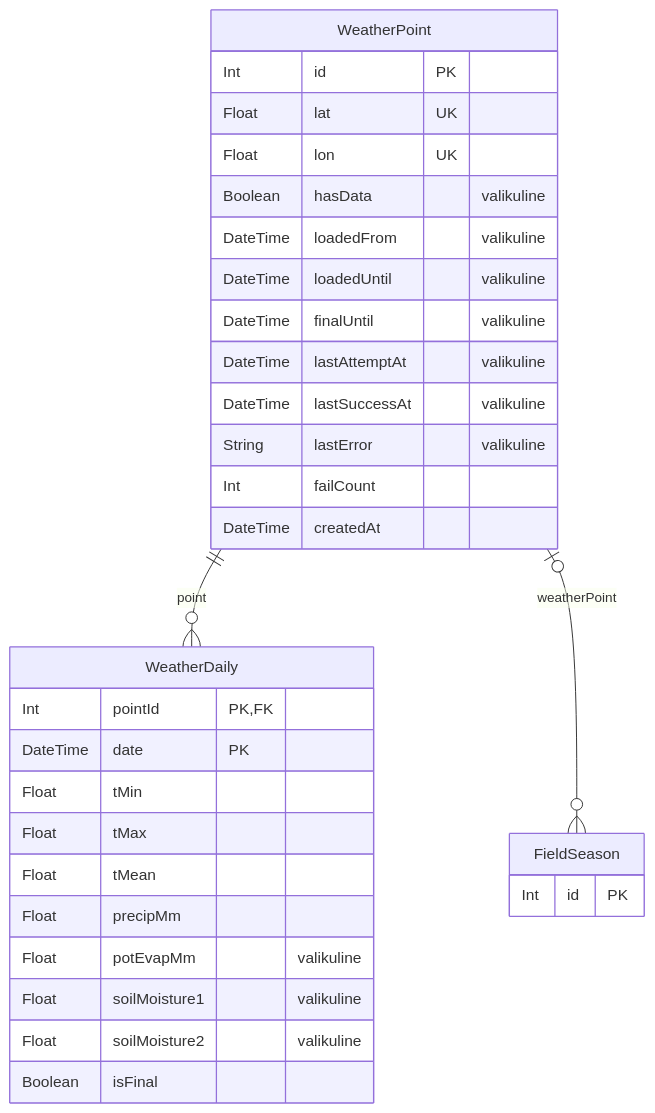
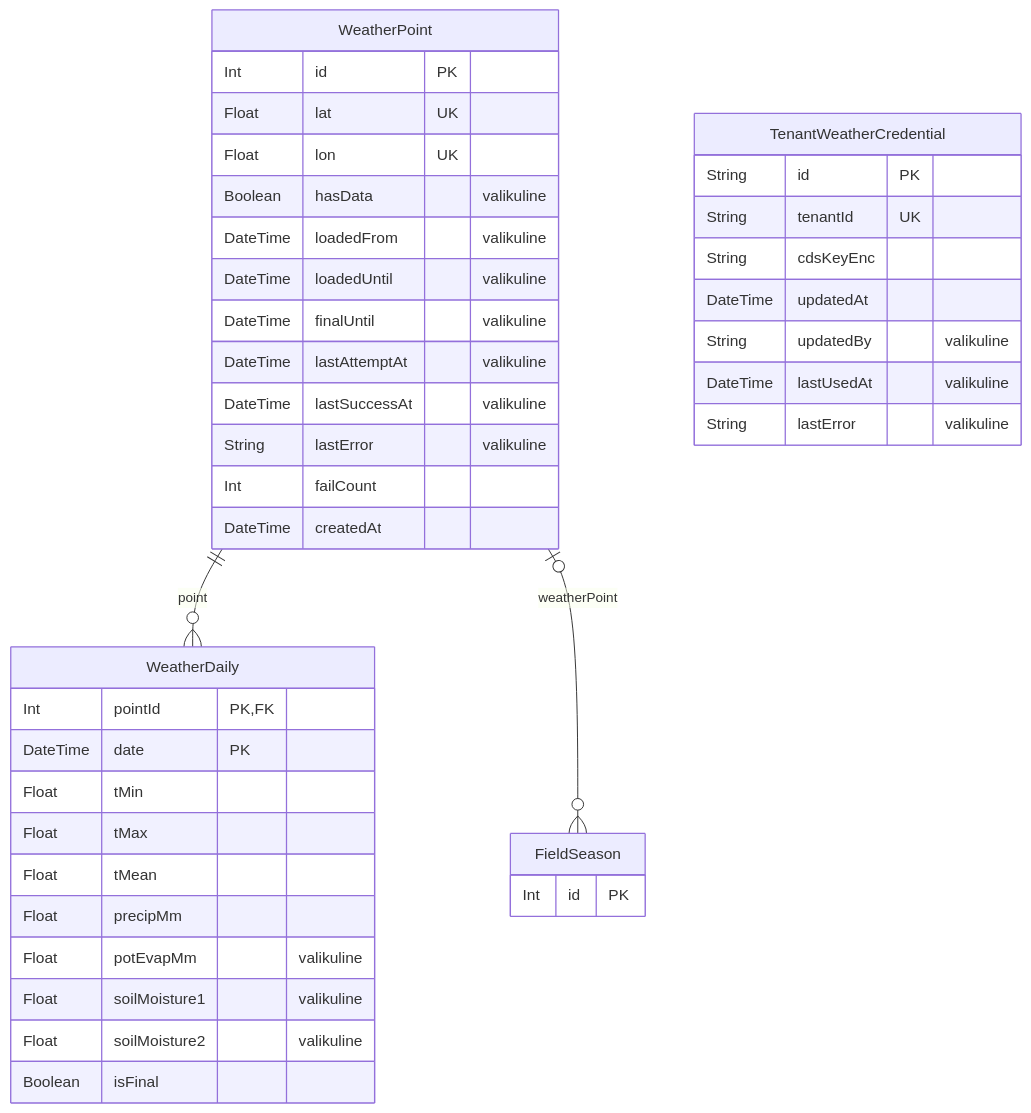
One commit to andres-janno/teris changed the sixth of 9 diagrams in docs/andmemudel.md. Above: the diagram before and after it, drawn with Mermaid. The commit also changed other lines of this file and 2 other files, not shown here.

Commit message:
docs(ilm): ettevõtte CDS võti andmemudelis, vaadetes ja spetsifikatsioonis

````diff
--- a/docs/andmemudel.md
+++ b/docs/andmemudel.md
@@ -954,34 +956,43 @@
 ```mermaid
 erDiagram
   WeatherPoint {
     Int id PK
     Float lat UK
     Float lon UK
     Boolean hasData "valikuline"
     DateTime loadedFrom "valikuline"
     DateTime loadedUntil "valikuline"
     DateTime finalUntil "valikuline"
     DateTime lastAttemptAt "valikuline"
     DateTime lastSuccessAt "valikuline"
     String lastError "valikuline"
     Int failCount
     DateTime createdAt
   }
   WeatherDaily {
     Int pointId PK,FK
     DateTime date PK
     Float tMin
     Float tMax
     Float tMean
     Float precipMm
     Float potEvapMm "valikuline"
     Float soilMoisture1 "valikuline"
     Float soilMoisture2 "valikuline"
     Boolean isFinal
   }
+  TenantWeatherCredential {
+    String id PK
+    String tenantId UK
+    String cdsKeyEnc
+    DateTime updatedAt
+    String updatedBy "valikuline"
+    DateTime lastUsedAt "valikuline"
+    String lastError "valikuline"
+  }
   FieldSeason {
     Int id PK
   }
   WeatherPoint ||--o{ WeatherDaily : "point"
   WeatherPoint |o--o{ FieldSeason : "weatherPoint"
 ```
````
